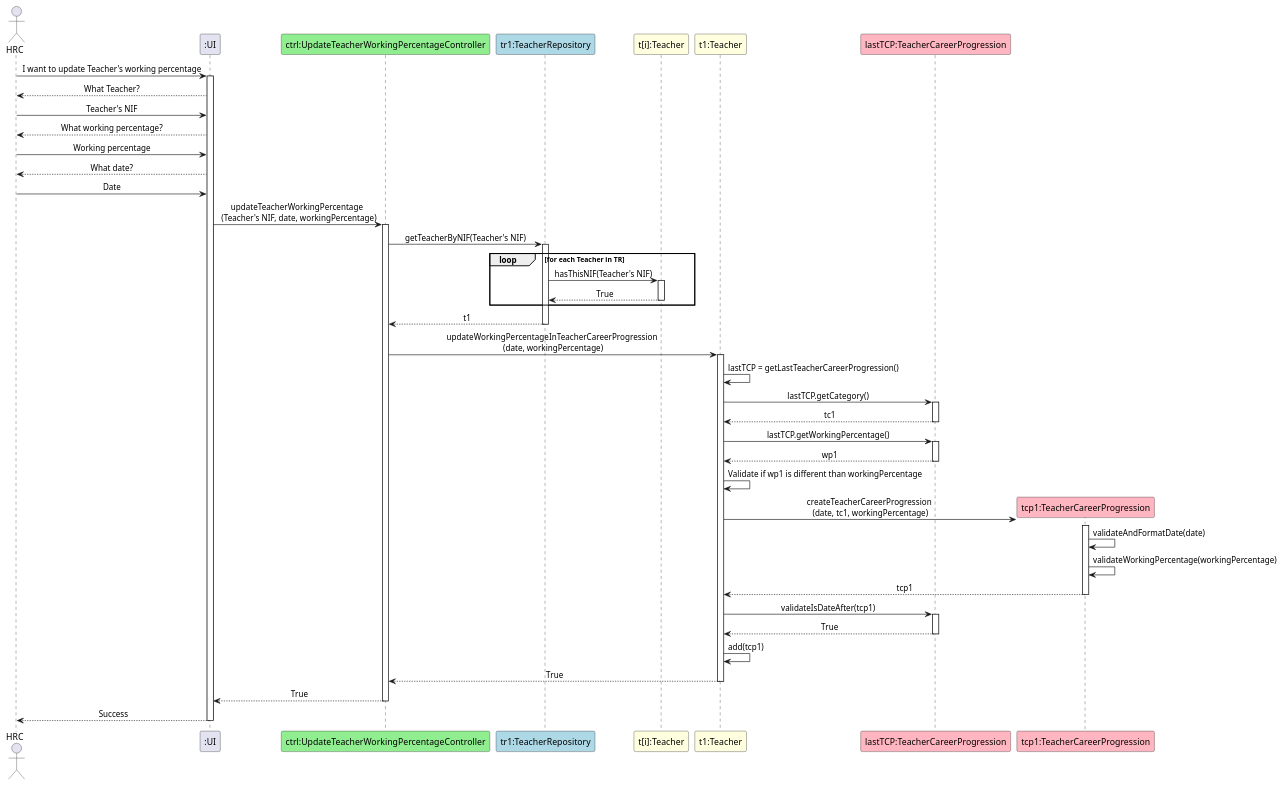
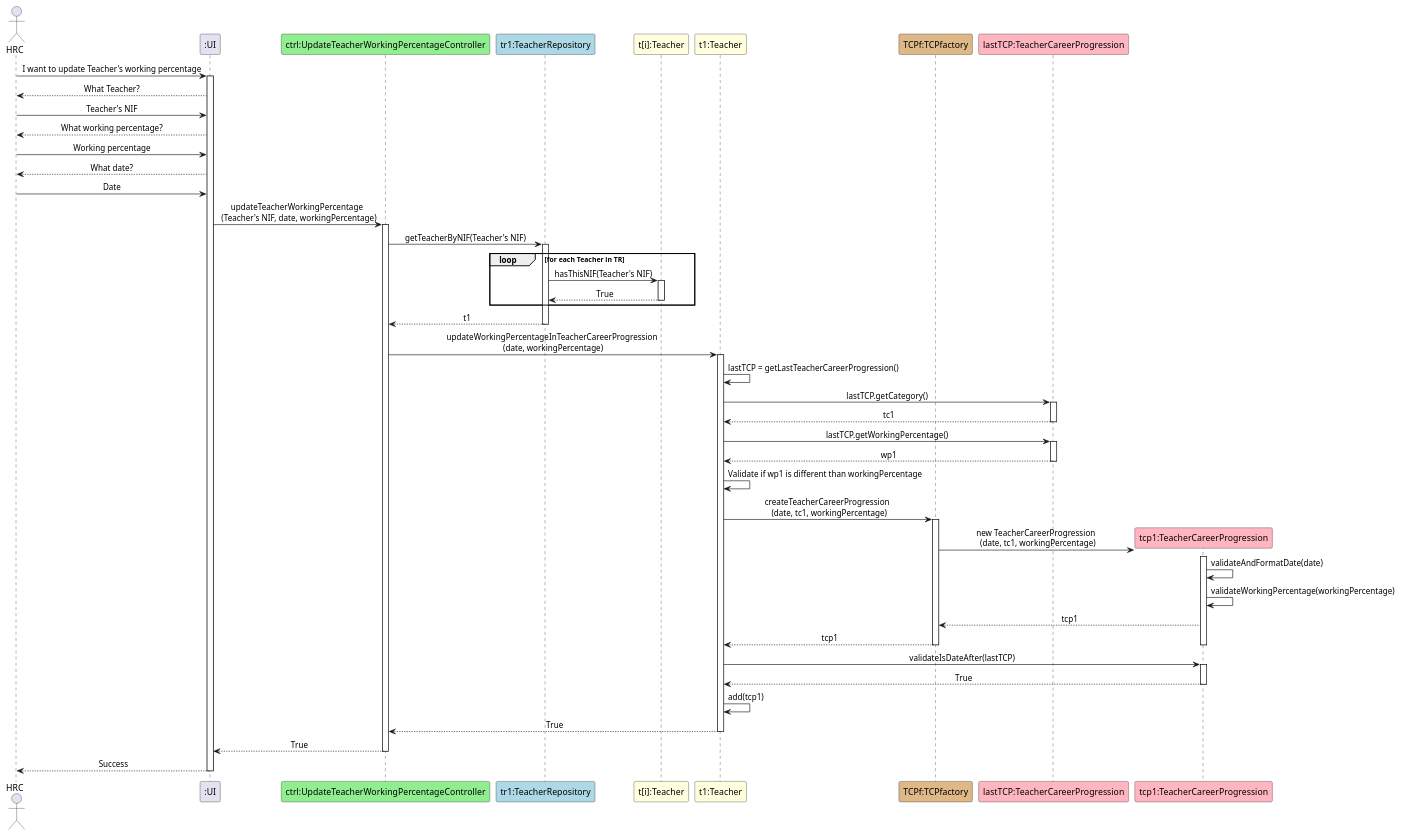
The diagram in docs/US15/US15_UpdateTeacherWorkingPercentage.puml (GasparISEP/DevOps-PAI), drawn with PlantUML before and after one commit. The commit also changed 3 other files, not shown here.

Commit message:
Changed US15_ClassDiagram and US15_SequenceDiagram to better reflect the use of Factories and Interfaces

```diff
--- a/docs/US15/US15_UpdateTeacherWorkingPercentage.puml
+++ b/docs/US15/US15_UpdateTeacherWorkingPercentage.puml
@@ -1,70 +1,75 @@
 @startuml
 skinparam sequenceMessageAlign center
 
 actor HRC
 participant ":UI" as UI
 participant "ctrl:UpdateTeacherWorkingPercentageController" as Controller #lightgreen
 participant "tr1:TeacherRepository" as TR #lightblue
 participant "t[i]:Teacher" as Teacher #lightyellow
 participant "t1:Teacher" as t1Teacher #lightyellow
+participant "TCPf:TCPfactory" as TCPf #burlywood
 participant "lastTCP:TeacherCareerProgression" as TCP #lightpink
 participant "tcp1:TeacherCareerProgression" as TCP1 #lightpink
 
 HRC -> UI : I want to update Teacher's working percentage
 activate UI
 UI --> HRC: What Teacher?
 HRC -> UI: Teacher's NIF
 UI --> HRC: What working percentage?
 HRC -> UI: Working percentage
 UI --> HRC: What date?
 HRC -> UI: Date
 UI -> Controller : updateTeacherWorkingPercentage \n (Teacher's NIF, date, workingPercentage)
 activate Controller
 
 Controller -> TR : getTeacherByNIF(Teacher's NIF)
 activate TR
 
 loop for each Teacher in TR
     TR -> Teacher : hasThisNIF(Teacher's NIF)
     activate Teacher
     Teacher --> TR : True
     deactivate Teacher
 end
 
 TR --> Controller : t1
 deactivate TR
 
 
 Controller -> t1Teacher : updateWorkingPercentageInTeacherCareerProgression \n(date, workingPercentage)
 activate t1Teacher
 t1Teacher -> t1Teacher : lastTCP = getLastTeacherCareerProgression()
 t1Teacher -> TCP : lastTCP.getCategory()
 activate TCP
 TCP --> t1Teacher : tc1
 deactivate TCP
 t1Teacher -> TCP : lastTCP.getWorkingPercentage()
 activate TCP
 TCP --> t1Teacher : wp1
 deactivate TCP
 t1Teacher -> t1Teacher : Validate if wp1 is different than workingPercentage
-t1Teacher -> TCP1** : createTeacherCareerProgression \n(date, tc1, workingPercentage)
+t1Teacher -> TCPf : createTeacherCareerProgression \n (date, tc1, workingPercentage)
+activate TCPf
+TCPf -> TCP1** : new TeacherCareerProgression \n (date, tc1, workingPercentage)
 activate TCP1
 TCP1 -> TCP1 : validateAndFormatDate(date)
 TCP1 -> TCP1 : validateWorkingPercentage(workingPercentage)
-TCP1 --> t1Teacher : tcp1
+TCP1 --> TCPf : tcp1
+TCPf --> t1Teacher : tcp1
+deactivate TCPf
 deactivate TCP1
-t1Teacher -> TCP : validateIsDateAfter(tcp1)
-activate TCP
-TCP --> t1Teacher : True
-deactivate TCP
+t1Teacher -> TCP1 : validateIsDateAfter(lastTCP)
+activate TCP1
+TCP1 --> t1Teacher : True
+deactivate TCP1
 t1Teacher -> t1Teacher : add(tcp1)
 
 t1Teacher --> Controller : True
 deactivate t1Teacher
 
 Controller --> UI : True
 deactivate Controller
 UI --> HRC : Success
 deactivate UI
 
 @enduml
```
